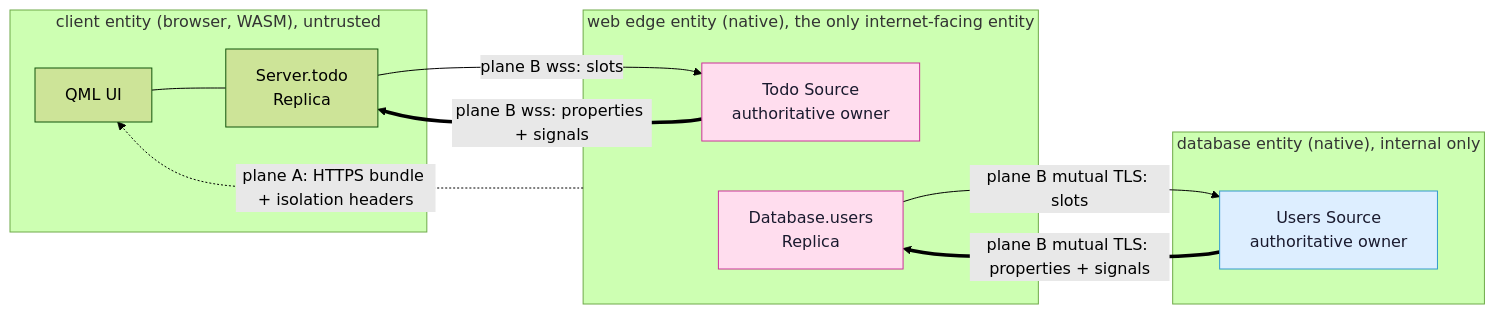
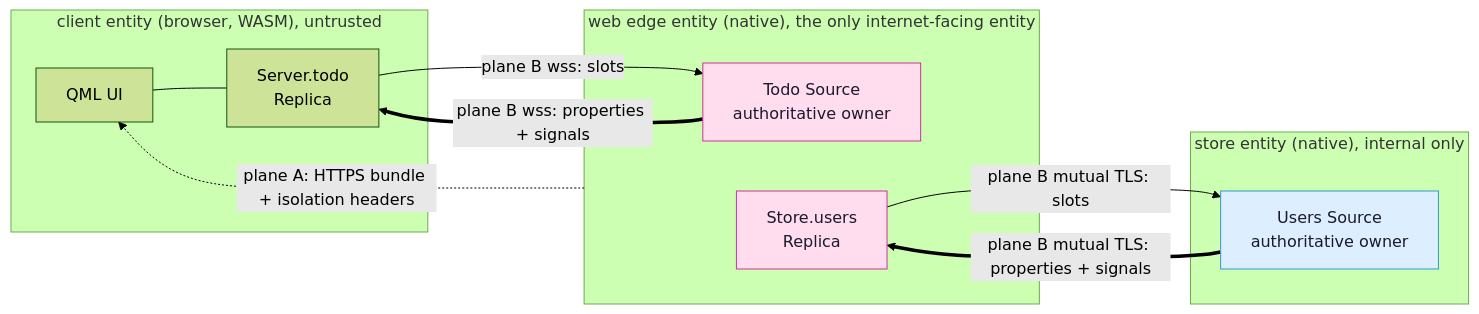
The first of 2 diagrams in docs/architecture.md (Kidev/SynQt), drawn with Mermaid (forest theme) before and after one commit. The commit also changed other lines of this file and 36 other files, not shown here.

````diff
--- a/docs/architecture.md
+++ b/docs/architecture.md
@@ -126,28 +126,28 @@
 ```mermaid
 flowchart LR
   subgraph browser["client entity (browser, WASM), untrusted"]
     ui["QML UI"]
     rtodo["Server.todo<br/>Replica"]
     ui --- rtodo
   end
 
   subgraph edge["web edge entity (native), the only internet-facing entity"]
     stodo["<span style='color:#1a1a2e'>Todo Source<br/>authoritative owner</span>"]
-    rusers["<span style='color:#1a1a2e'>Database.users<br/>Replica</span>"]
+    rusers["<span style='color:#1a1a2e'>Store.users<br/>Replica</span>"]
   end
 
-  subgraph db["database entity (native), internal only"]
+  subgraph db["store entity (native), internal only"]
     susers["<span style='color:#1a1a2e'>Users Source<br/>authoritative owner</span>"]
   end
 
   edge -.->|"plane A: HTTPS bundle + isolation headers"| ui
 
   stodo ==>|"plane B wss: properties + signals"| rtodo
   rtodo -->|"plane B wss: slots"| stodo
   susers ==>|"plane B mutual TLS: properties + signals"| rusers
   rusers -->|"plane B mutual TLS: slots"| susers
 
   style stodo fill:#fde,stroke:#c39,color:#1a1a2e
   style rusers fill:#fde,stroke:#c39,color:#1a1a2e
   style susers fill:#def,stroke:#39c,color:#1a1a2e
 ```
````
